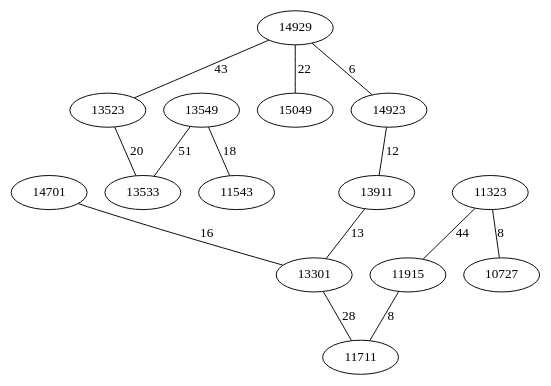
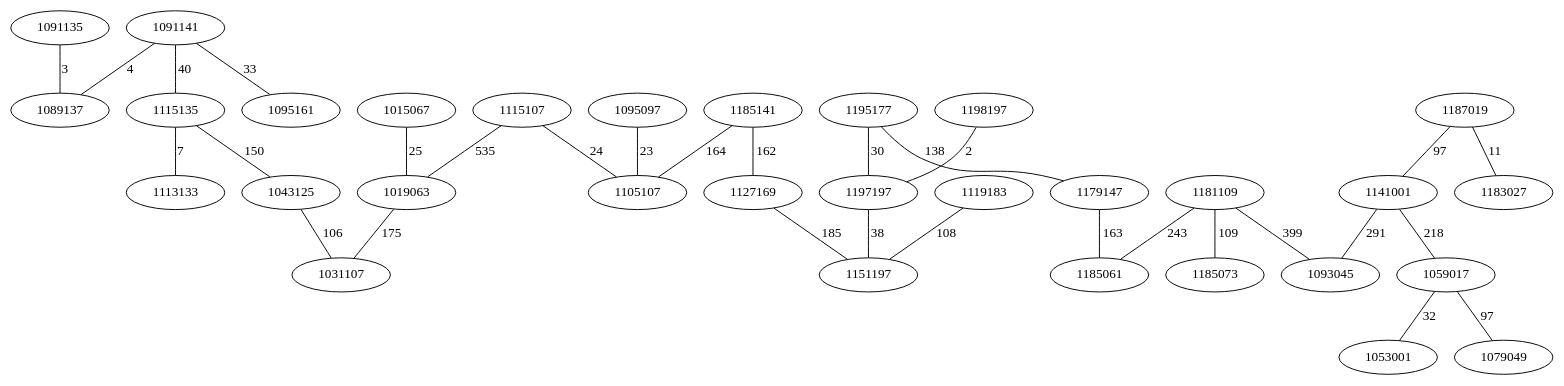
One commit to AsmNoob/Labyrinthe changed the diagram in Graph.dot. Above: the diagram before and after it, drawn with Graphviz. The commit also changed 2 other files, not shown here.

```diff
--- a/Graph.dot
+++ b/Graph.dot
@@ -1,17 +1,34 @@
 graph chemin {
 
-	14929 -- 13523 [label=43]
-	14929 -- 14923 [label=6]
-	14929 -- 15049 [label=22]
-	13549 -- 13533 [label=51]
-	13549 -- 11543 [label=18]
-	14701 -- 13301 [label=16]
-	14923 -- 13911 [label=12]
-	13911 -- 13301 [label=13]
-	11323 -- 11915 [label=44]
-	11323 -- 10727 [label=8]
-	13301 -- 11711 [label=28]
-	13523 -- 13533 [label=20]
-	11915 -- 11711 [label=8]
+	1091135 -- 1089137 [label=3]
+	1187019 -- 1141001 [label=97]
+	1187019 -- 1183027 [label=11]
+	1195177 -- 1179147 [label=138]
+	1195177 -- 1197197 [label=30]
+	1141001 -- 1093045 [label=291]
+	1141001 -- 1059017 [label=218]
+	1091141 -- 1095161 [label=33]
+	1091141 -- 1089137 [label=4]
+	1091141 -- 1115135 [label=40]
+	1095097 -- 1105107 [label=23]
+	1115135 -- 1113133 [label=7]
+	1115135 -- 1043125 [label=150]
+	1015067 -- 1019063 [label=25]
+	1181109 -- 1185073 [label=109]
+	1181109 -- 1093045 [label=399]
+	1181109 -- 1185061 [label=243]
+	1115107 -- 1019063 [label=535]
+	1115107 -- 1105107 [label=24]
+	1059017 -- 1053001 [label=32]
+	1059017 -- 1079049 [label=97]
+	1179147 -- 1185061 [label=163]
+	1185141 -- 1127169 [label=162]
+	1185141 -- 1105107 [label=164]
+	1043125 -- 1031107 [label=106]
+	1127169 -- 1151197 [label=185]
+	1198197 -- 1197197 [label=2]
+	1197197 -- 1151197 [label=38]
+	1019063 -- 1031107 [label=175]
+	1119183 -- 1151197 [label=108]
 
 }
```
